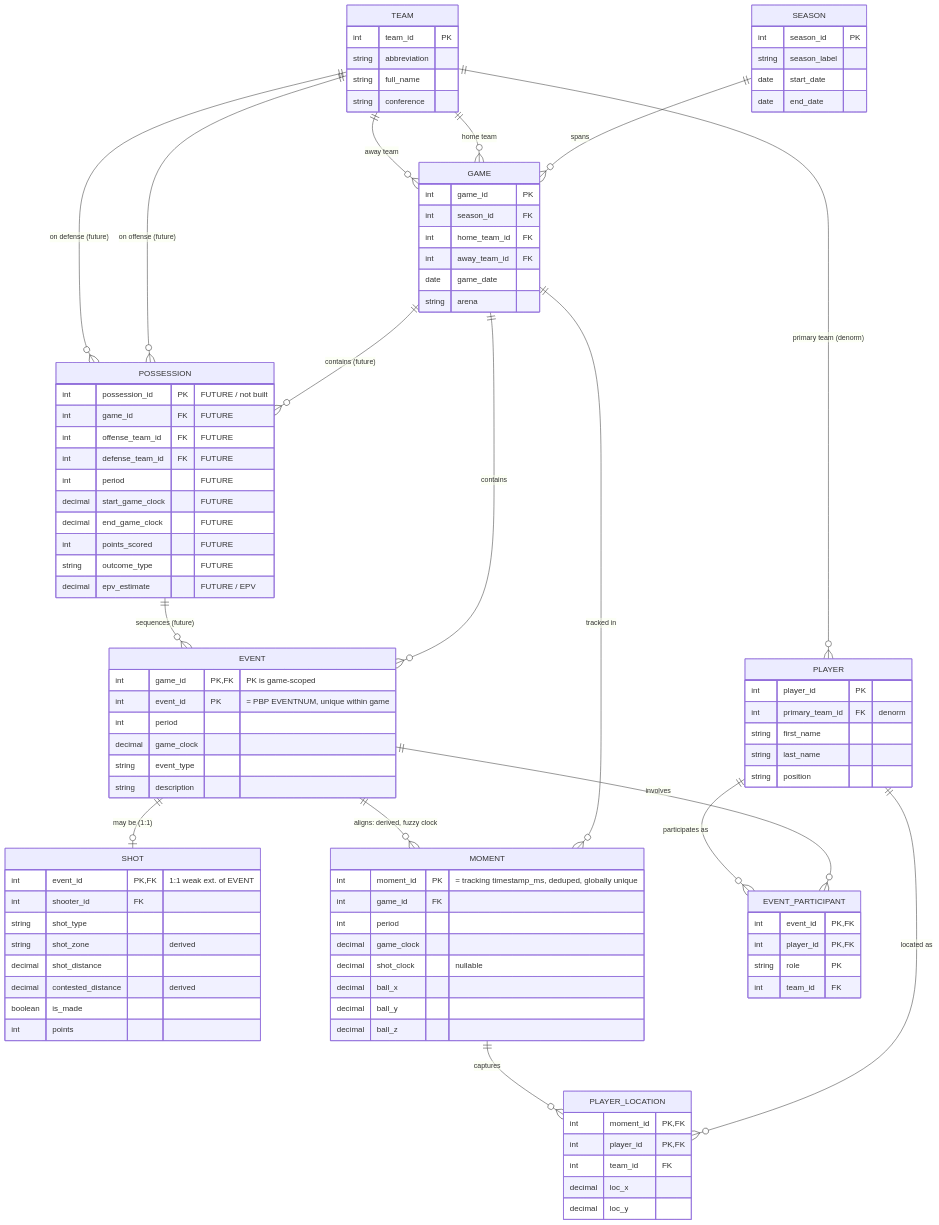
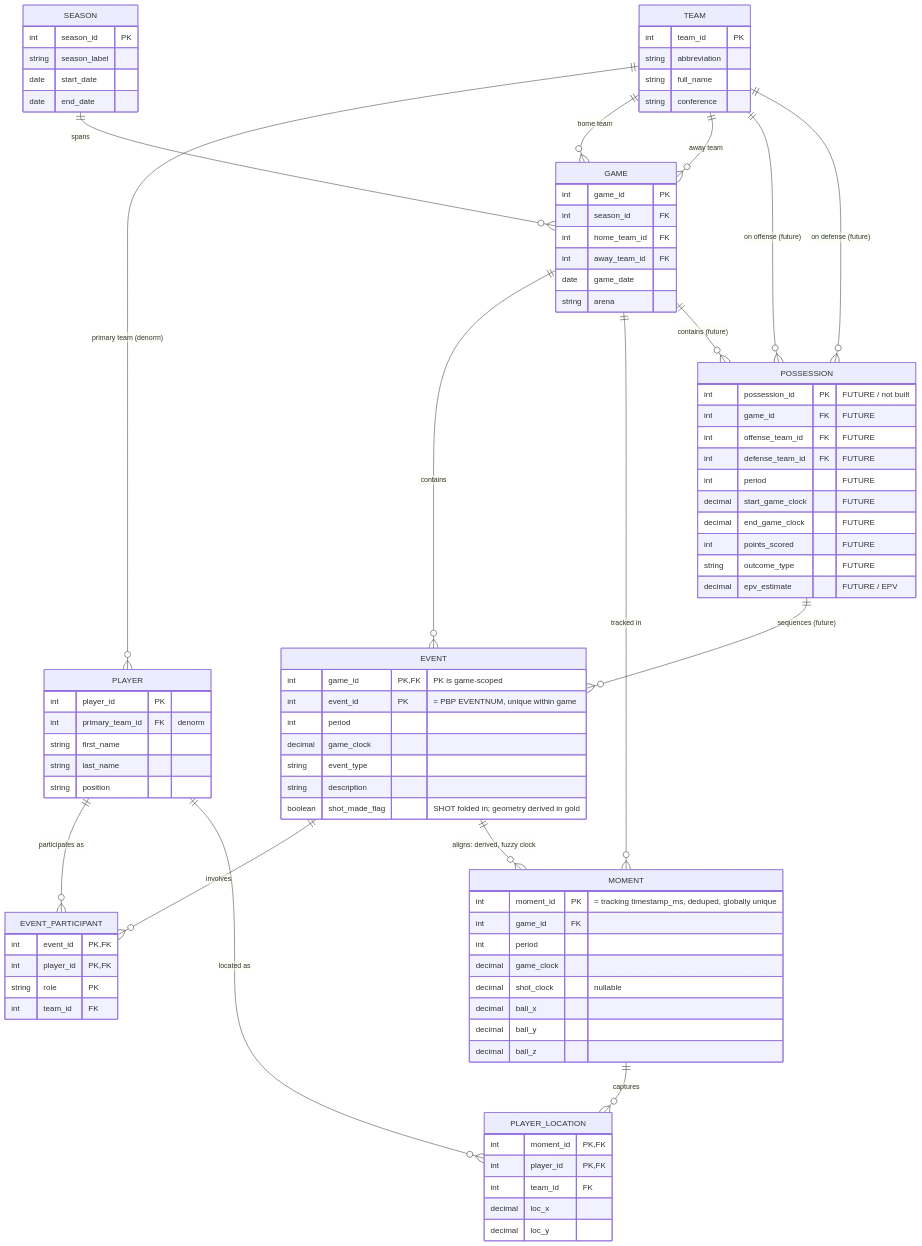
Before and after one commit to chris-monzon/nba_data_platform: the first of 2 diagrams in schema/er_diagram.md, drawn with Mermaid. The commit also changed other lines of this file and 1 other file, not shown here.

Commit message:
Update ER diagram and note changes
Update ER diagram to reflect SHOT fact being folded into EVENT at silver.

```diff
--- a/schema/er_diagram.md
+++ b/schema/er_diagram.md
@@ -50,22 +54,13 @@
 
     %% ============ FACTS (implemented) ============
     EVENT {
-        int     game_id      PK,FK "PK is game-scoped"
-        int     event_id     PK    "= PBP EVENTNUM, unique within game"
+        int     game_id        PK,FK "PK is game-scoped"
+        int     event_id       PK    "= PBP EVENTNUM, unique within game"
         int     period
         decimal game_clock
         string  event_type
         string  description
-    }
-    SHOT {
-        int     event_id           PK,FK "1:1 weak ext. of EVENT"
-        int     shooter_id         FK
-        string  shot_type
-        string  shot_zone          "derived"
-        decimal shot_distance
-        decimal contested_distance "derived"
-        boolean is_made
-        int     points
+        boolean shot_made_flag        "SHOT folded in; geometry derived in gold"
     }
     MOMENT {
         int     moment_id   PK   "= tracking timestamp_ms, deduped, globally unique"
@@ -114,7 +109,6 @@
     TEAM   ||--o{ GAME              : "away team"
     GAME   ||--o{ EVENT             : "contains"
     GAME   ||--o{ MOMENT            : "tracked in"
-    EVENT  ||--o| SHOT              : "may be (1:1)"
     EVENT  ||--o{ EVENT_PARTICIPANT : "involves"
     PLAYER ||--o{ EVENT_PARTICIPANT : "participates as"
     PLAYER ||--o{ PLAYER_LOCATION   : "located as"
```
